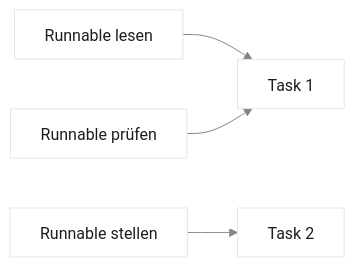
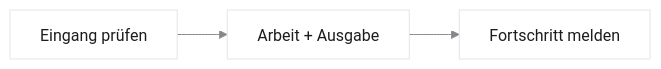
One commit to dantschi/echtzeitsysteme changed the third of 4 diagrams in vorlesungen/09_capstone-architekturmuster.qmd. Above: the diagram before and after it, drawn with Mermaid. The commit also changed other lines of this file and 23 other files, not shown here.

````diff
--- a/vorlesungen/09_capstone-architekturmuster.qmd
+++ b/vorlesungen/09_capstone-architekturmuster.qmd
@@ -397,9 +599,6 @@
 ```{mermaid}
-%%| fig-width: 5.4
-%%{init: {'theme':'base','htmlLabels':false,'flowchart':{'htmlLabels':false},'themeVariables':{'background':'#FFFFFF','primaryColor':'#FFFFFF','primaryBorderColor':'#E5E5EA','primaryTextColor':'#1D1D1F','lineColor':'#86868B'}}}%%
+%%{init: {'theme':'base','htmlLabels':false,'flowchart':{'htmlLabels':false},'themeVariables':{'background':'#FFFFFF','primaryColor':'#FFFFFF','primaryBorderColor':'#E5E5EA','primaryTextColor':'#1D1D1F','lineColor':'#86868B','fontFamily':'Inter, sans-serif'}}}%%
 flowchart LR
- A["Runnable lesen"] --> T1["Task 1"]
- B["Runnable prüfen"] --> T1
- C["Runnable stellen"] --> T2["Task 2"]
-
+ A["Eingang prüfen"] --> B["Arbeit + Ausgabe"]
+ B --> C["Fortschritt melden"]
 ```
````
